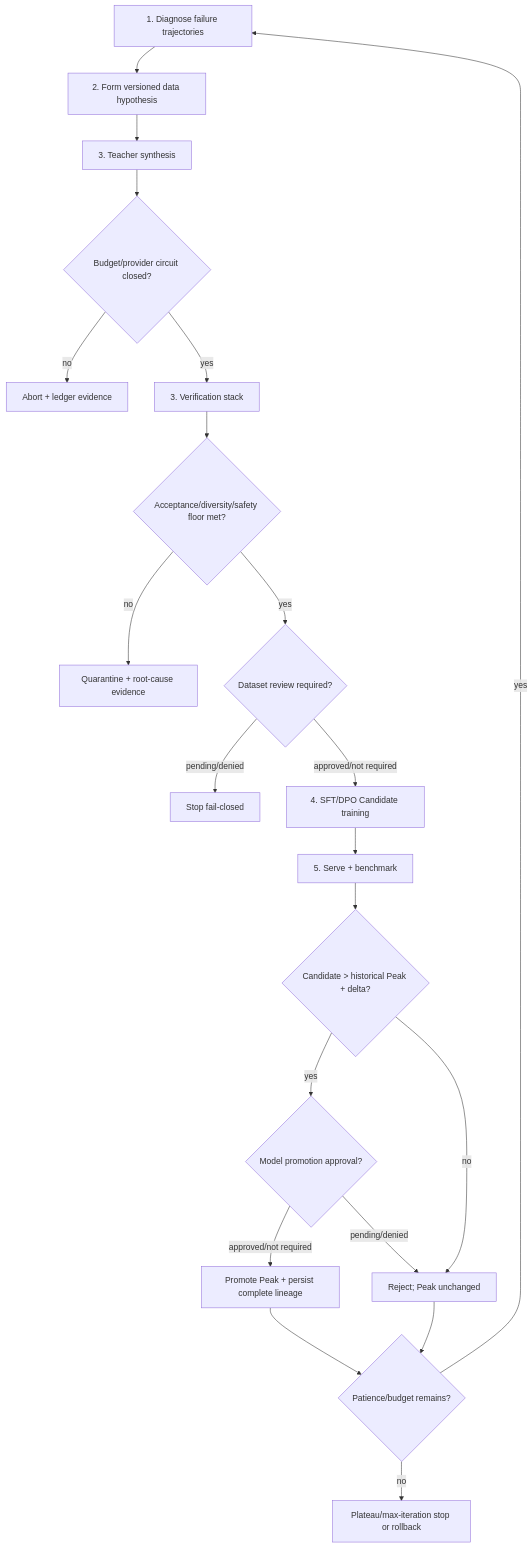
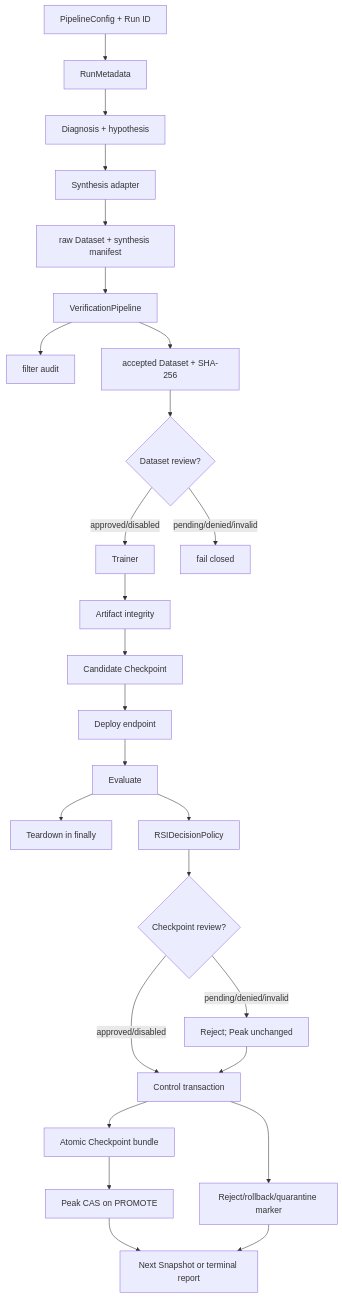
One commit to ed3c/post-training-rsi-pipeline changed the second of 2 diagrams in README.md. Above: the diagram before and after it, drawn with Mermaid. The commit also changed other lines of this file, not shown here.

Commit message:
docs(readme): index converged RSI state machine and data flow

````diff
--- a/README.md
+++ b/README.md
@@ -163,23 +252,28 @@
 ```mermaid
 flowchart TD
-    D[1. Diagnose failure trajectories] --> H[2. Form versioned data hypothesis]
-    H --> S[3. Teacher synthesis]
-    S --> B{Budget/provider circuit closed?}
-    B -- no --> A[Abort + ledger evidence]
-    B -- yes --> V[3. Verification stack]
-    V --> F{Acceptance/diversity/safety floor met?}
-    F -- no --> Q[Quarantine + root-cause evidence]
-    F -- yes --> R{Dataset review required?}
-    R -- pending/denied --> X[Stop fail-closed]
-    R -- approved/not required --> T[4. SFT/DPO Candidate training]
-    T --> E[5. Serve + benchmark]
-    E --> P{Candidate > historical Peak + delta?}
-    P -- yes --> M{Model promotion approval?}
-    M -- approved/not required --> K[Promote Peak + persist complete lineage]
-    M -- pending/denied --> J[Reject; Peak unchanged]
-    P -- no --> J
-    J --> C{Patience/budget remains?}
-    K --> C
-    C -- yes --> D
-    C -- no --> Z[Plateau/max-iteration stop or rollback]
+    C[PipelineConfig + Run ID] --> RM[RunMetadata]
+    RM --> H[Diagnosis + hypothesis]
+    H --> S[Synthesis adapter]
+    S --> RAW[raw Dataset + synthesis manifest]
+    RAW --> V[VerificationPipeline]
+    V --> AUD[filter audit]
+    V --> ACC[accepted Dataset + SHA-256]
+    ACC --> DA{Dataset review?}
+    DA -->|approved/disabled| T[Trainer]
+    DA -->|pending/denied/invalid| X[fail closed]
+    T --> I[Artifact integrity]
+    I --> CK[Candidate Checkpoint]
+    CK --> DEP[Deploy endpoint]
+    DEP --> EV[Evaluate]
+    EV --> TD[Teardown in finally]
+    EV --> P[RSIDecisionPolicy]
+    P --> MA{Checkpoint review?}
+    MA -->|approved/disabled| TX[Control transaction]
+    MA -->|pending/denied/invalid| RJ[Reject; Peak unchanged]
+    RJ --> TX
+    TX --> CB[Atomic Checkpoint bundle]
+    CB --> CAS[Peak CAS on PROMOTE]
+    TX --> QM[Reject/rollback/quarantine marker]
+    CAS --> N[Next Snapshot or terminal report]
+    QM --> N
 ```
````
